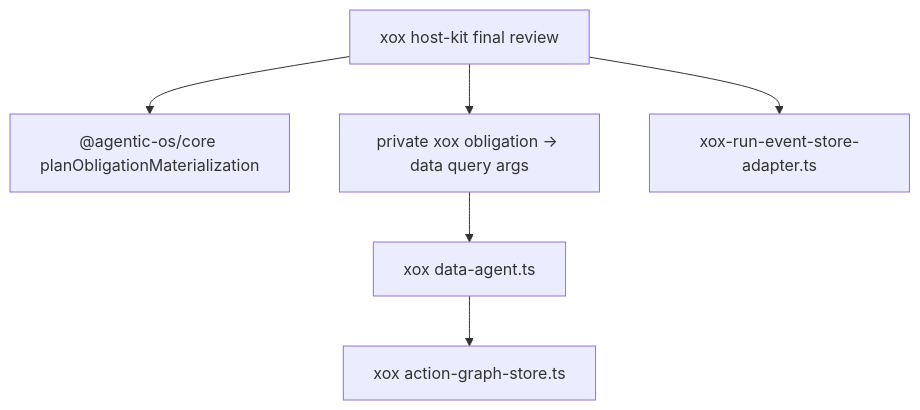
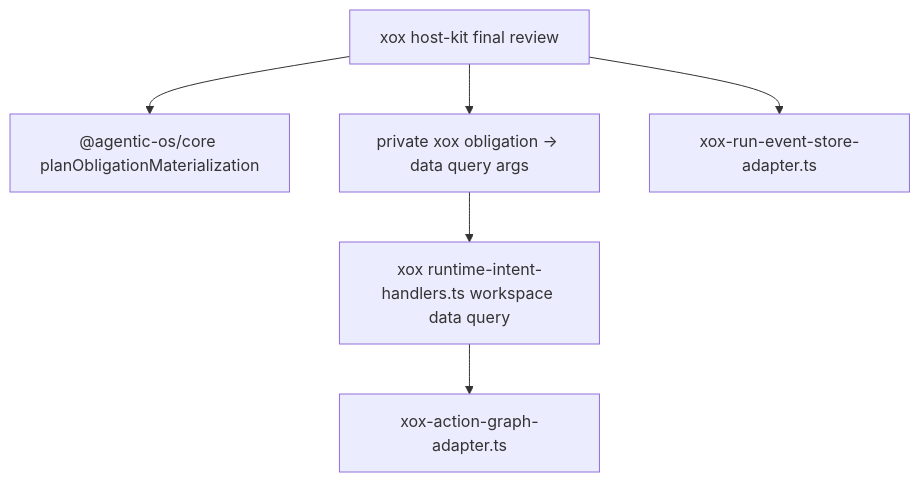
The diagram in docs/agentic-os-integration/m131-delete-obligation-materializer.md (Suysker/xox-model), drawn with Mermaid before and after one commit. The commit also changed other lines of this file and 30 other files, not shown here.

````diff
--- a/docs/agentic-os-integration/m131-delete-obligation-materializer.md
+++ b/docs/agentic-os-integration/m131-delete-obligation-materializer.md
@@ -34,8 +34,8 @@
 ```mermaid
 flowchart TD
     FinalReview["xox host-kit final review"] --> CorePlan["@agentic-os/core planObligationMaterialization"]
     FinalReview --> XoxSelect["private xox obligation -> data query args"]
-    XoxSelect --> DataAgent["xox data-agent.ts"]
-    DataAgent --> GraphStore["xox action-graph-store.ts"]
+    XoxSelect --> DataQuery["xox runtime-intent-handlers.ts workspace data query"]
+    DataQuery --> GraphStore["xox-action-graph-adapter.ts"]
     FinalReview --> Events["xox-run-event-store-adapter.ts"]
 ```
````
